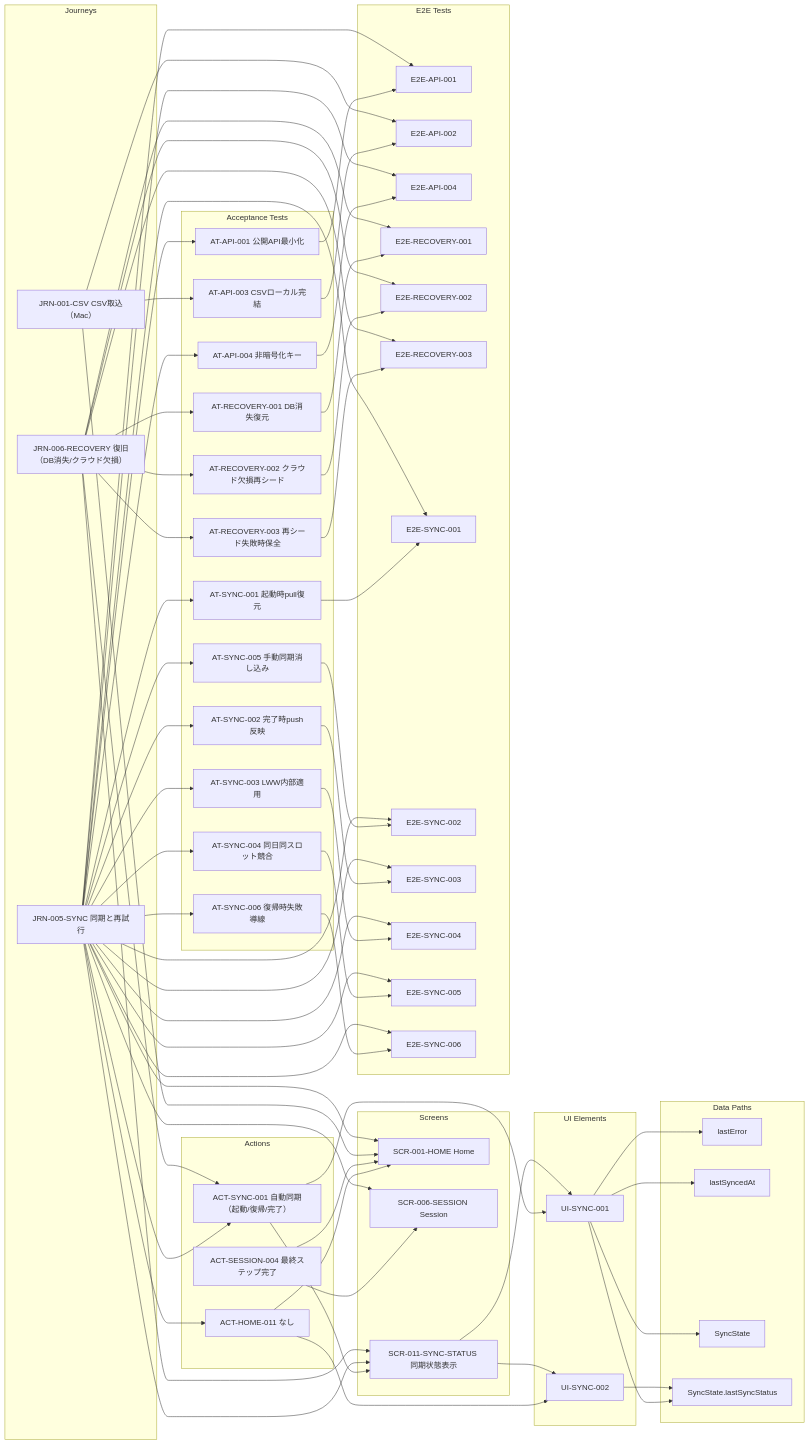
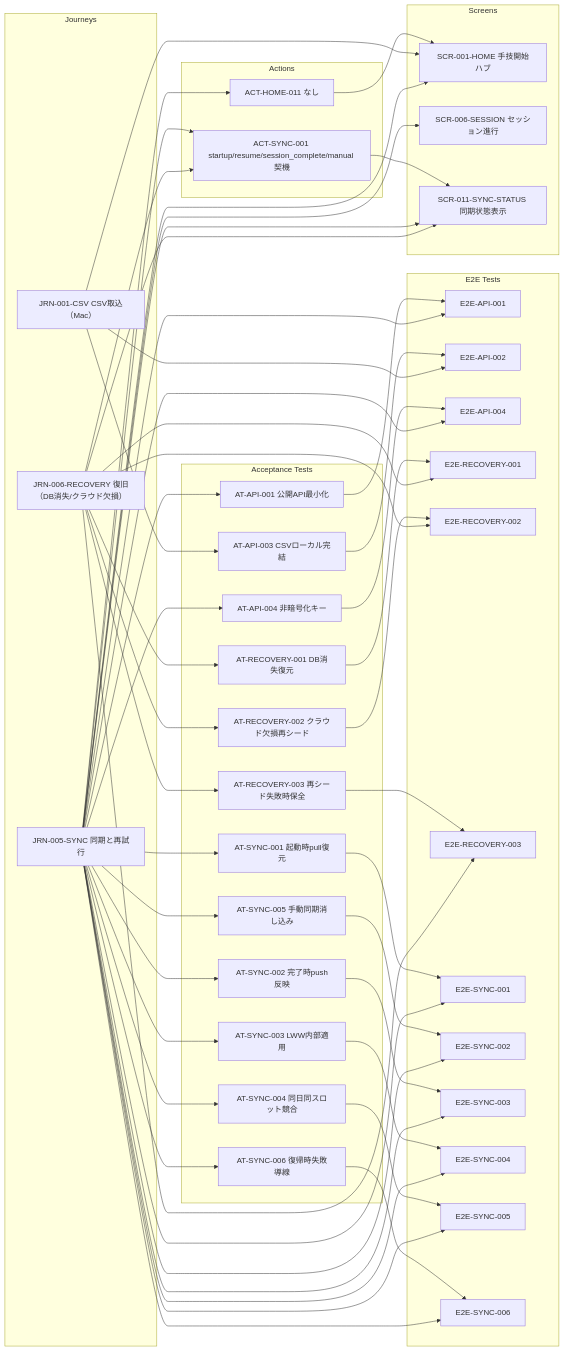
The diagram in docs/generated/screens/SCR-011-SYNC-STATUS.md (h-sakanet/capd_navi), drawn with Mermaid before and after one commit. The commit also changed 475 other files, not shown here.

````diff
--- a/docs/generated/screens/SCR-011-SYNC-STATUS.md
+++ b/docs/generated/screens/SCR-011-SYNC-STATUS.md
@@ -4,113 +4,91 @@
 flowchart LR
   %% SCR-011-SYNC-STATUS
   subgraph JRN["Journeys"]
-    N32["JRN-001-CSV CSV取込（Mac）"]
-    N33["JRN-005-SYNC 同期と再試行"]
-    N34["JRN-006-RECOVERY 復旧（DB消失/クラウド欠損）"]
+    N27["JRN-001-CSV CSV取込（Mac）"]
+    N28["JRN-005-SYNC 同期と再試行"]
+    N29["JRN-006-RECOVERY 復旧（DB消失/クラウド欠損）"]
   end
   subgraph ACT["Actions"]
     N1["ACT-HOME-011 なし"]
-    N2["ACT-SESSION-004 最終ステップ完了"]
-    N3["ACT-SYNC-001 自動同期（起動/復帰/完了）"]
+    N2["ACT-SYNC-001 startup/resume/session_complete/manual 契機"]
   end
   subgraph SCR["Screens"]
-    N35["SCR-001-HOME Home"]
-    N36["SCR-006-SESSION Session"]
-    N37["SCR-011-SYNC-STATUS 同期状態表示"]
-  end
-  subgraph UI["UI Elements"]
-    N38["UI-SYNC-001"]
-    N39["UI-SYNC-002"]
+    N30["SCR-001-HOME 手技開始ハブ"]
+    N31["SCR-006-SESSION セッション進行"]
+    N32["SCR-011-SYNC-STATUS 同期状態表示"]
   end
   subgraph AT["Acceptance Tests"]
-    N4["AT-API-001 公開API最小化"]
-    N5["AT-API-003 CSVローカル完結"]
-    N6["AT-API-004 非暗号化キー"]
-    N7["AT-RECOVERY-001 DB消失復元"]
-    N8["AT-RECOVERY-002 クラウド欠損再シード"]
-    N9["AT-RECOVERY-003 再シード失敗時保全"]
-    N10["AT-SYNC-001 起動時pull復元"]
-    N11["AT-SYNC-002 完了時push反映"]
-    N12["AT-SYNC-003 LWW内部適用"]
-    N13["AT-SYNC-004 同日同スロット競合"]
-    N14["AT-SYNC-005 手動同期消し込み"]
-    N15["AT-SYNC-006 復帰時失敗導線"]
+    N3["AT-API-001 公開API最小化"]
+    N4["AT-API-003 CSVローカル完結"]
+    N5["AT-API-004 非暗号化キー"]
+    N6["AT-RECOVERY-001 DB消失復元"]
+    N7["AT-RECOVERY-002 クラウド欠損再シード"]
+    N8["AT-RECOVERY-003 再シード失敗時保全"]
+    N9["AT-SYNC-001 起動時pull復元"]
+    N10["AT-SYNC-002 完了時push反映"]
+    N11["AT-SYNC-003 LWW内部適用"]
+    N12["AT-SYNC-004 同日同スロット競合"]
+    N13["AT-SYNC-005 手動同期消し込み"]
+    N14["AT-SYNC-006 復帰時失敗導線"]
   end
   subgraph E2E["E2E Tests"]
-    N20["E2E-API-001"]
-    N21["E2E-API-002"]
-    N22["E2E-API-004"]
-    N23["E2E-RECOVERY-001"]
-    N24["E2E-RECOVERY-002"]
-    N25["E2E-RECOVERY-003"]
-    N26["E2E-SYNC-001"]
-    N27["E2E-SYNC-002"]
-    N28["E2E-SYNC-003"]
-    N29["E2E-SYNC-004"]
-    N30["E2E-SYNC-005"]
-    N31["E2E-SYNC-006"]
+    N15["E2E-API-001"]
+    N16["E2E-API-002"]
+    N17["E2E-API-004"]
+    N18["E2E-RECOVERY-001"]
+    N19["E2E-RECOVERY-002"]
+    N20["E2E-RECOVERY-003"]
+    N21["E2E-SYNC-001"]
+    N22["E2E-SYNC-002"]
+    N23["E2E-SYNC-003"]
+    N24["E2E-SYNC-004"]
+    N25["E2E-SYNC-005"]
+    N26["E2E-SYNC-006"]
   end
-  subgraph DATA["Data Paths"]
-    N16["lastError"]
-    N17["lastSyncedAt"]
-    N18["SyncState"]
-    N19["SyncState.lastSyncStatus"]
-  end
-  N1 --> N35
-  N1 --> N39
-  N2 --> N35
-  N2 --> N36
-  N3 --> N37
-  N3 --> N38
-  N4 --> N20
-  N5 --> N21
-  N6 --> N22
-  N7 --> N23
-  N8 --> N24
-  N9 --> N25
-  N10 --> N26
-  N11 --> N28
-  N12 --> N29
-  N13 --> N30
-  N14 --> N27
-  N15 --> N31
-  N32 --> N5
-  N32 --> N21
-  N32 --> N35
-  N33 --> N1
-  N33 --> N3
-  N33 --> N4
-  N33 --> N6
-  N33 --> N10
-  N33 --> N11
-  N33 --> N12
-  N33 --> N13
-  N33 --> N14
-  N33 --> N15
-  N33 --> N20
-  N33 --> N22
-  N33 --> N26
-  N33 --> N27
-  N33 --> N28
-  N33 --> N29
-  N33 --> N30
-  N33 --> N31
-  N33 --> N35
-  N33 --> N36
-  N33 --> N37
-  N34 --> N3
-  N34 --> N7
-  N34 --> N8
-  N34 --> N9
-  N34 --> N23
-  N34 --> N24
-  N34 --> N25
-  N34 --> N37
-  N37 --> N38
-  N37 --> N39
-  N38 --> N16
-  N38 --> N17
-  N38 --> N18
-  N38 --> N19
-  N39 --> N19
+  N1 --> N30
+  N2 --> N32
+  N3 --> N15
+  N4 --> N16
+  N5 --> N17
+  N6 --> N18
+  N7 --> N19
+  N8 --> N20
+  N9 --> N21
+  N10 --> N23
+  N11 --> N24
+  N12 --> N25
+  N13 --> N22
+  N14 --> N26
+  N27 --> N4
+  N27 --> N16
+  N27 --> N30
+  N28 --> N1
+  N28 --> N2
+  N28 --> N3
+  N28 --> N5
+  N28 --> N9
+  N28 --> N10
+  N28 --> N11
+  N28 --> N12
+  N28 --> N13
+  N28 --> N14
+  N28 --> N15
+  N28 --> N17
+  N28 --> N21
+  N28 --> N22
+  N28 --> N23
+  N28 --> N24
+  N28 --> N25
+  N28 --> N26
+  N28 --> N30
+  N28 --> N31
+  N28 --> N32
+  N29 --> N2
+  N29 --> N6
+  N29 --> N7
+  N29 --> N8
+  N29 --> N18
+  N29 --> N19
+  N29 --> N20
+  N29 --> N32
 ```
````
